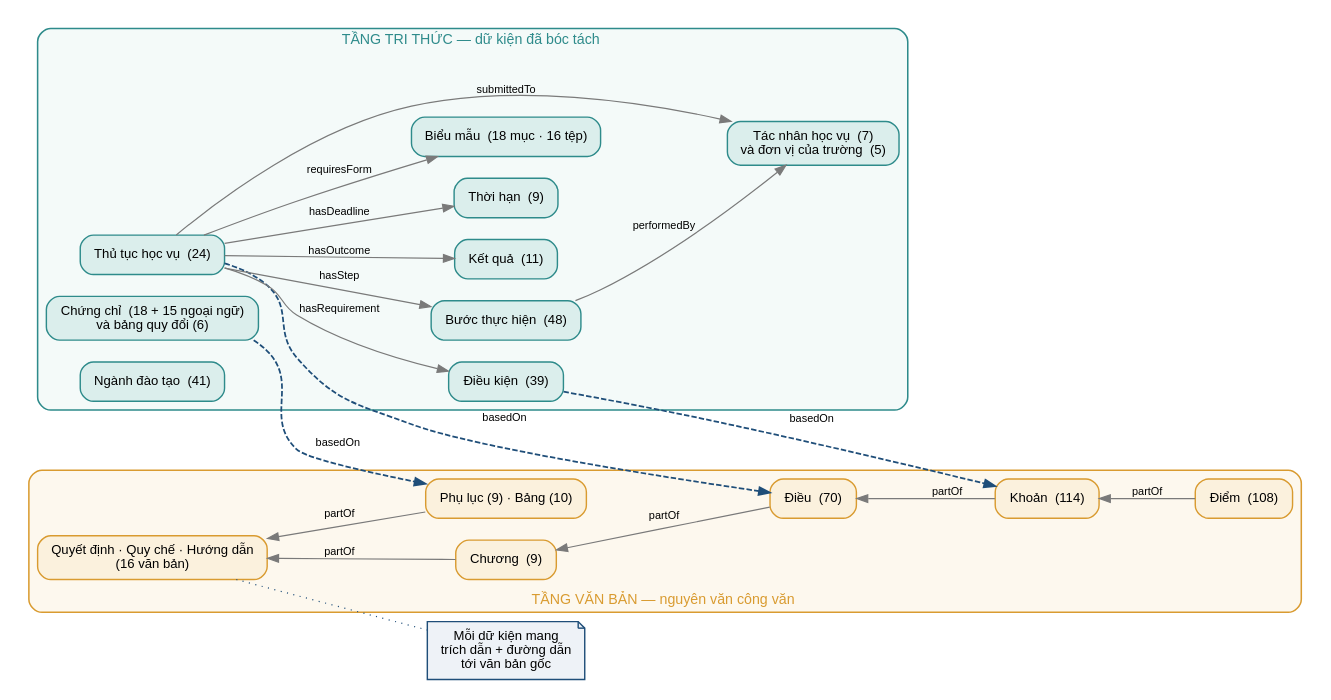
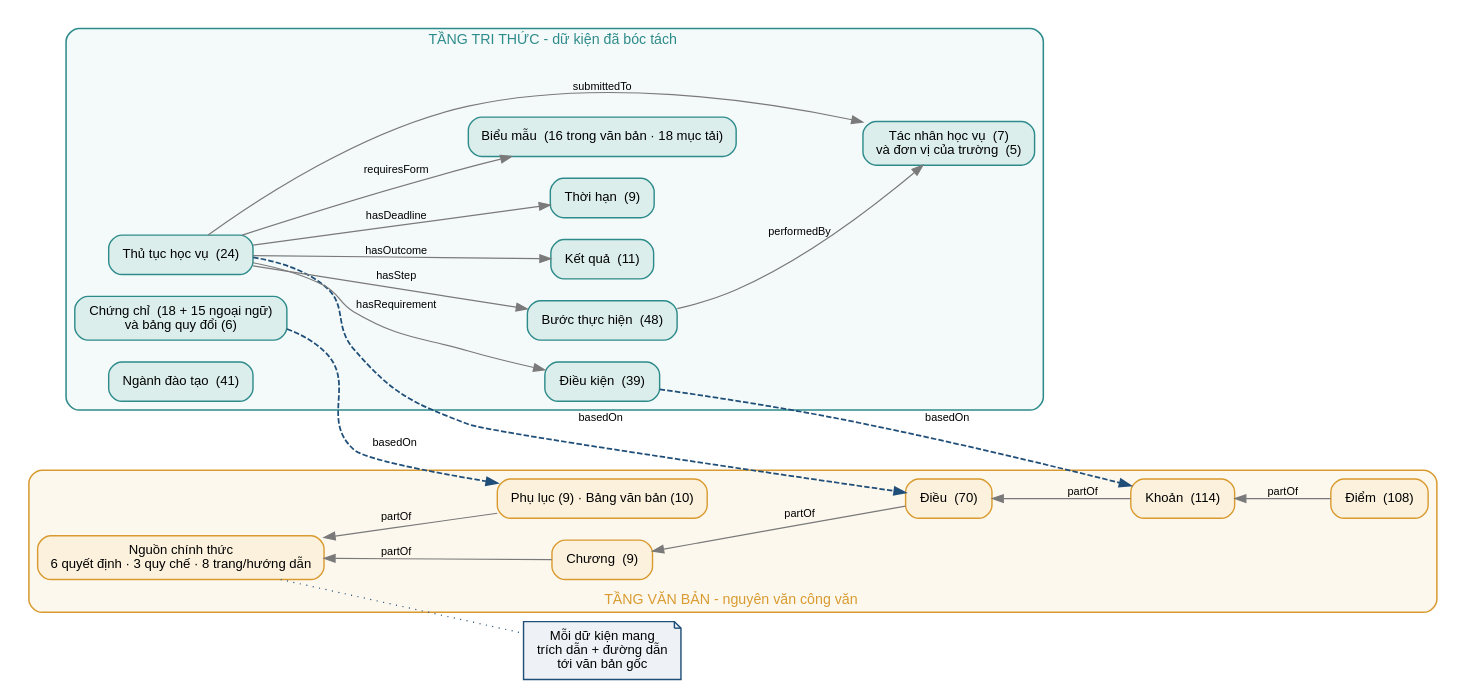
One commit to vpthinh19/ontology-chatbot changed the diagram in artifacts/figures/ontology-diagram.dot. Above: the diagram before and after it, drawn with Graphviz. The commit also changed 19 other files, not shown here.

```diff
--- a/artifacts/figures/ontology-diagram.dot
+++ b/artifacts/figures/ontology-diagram.dot
@@ -1,52 +1,52 @@
 digraph ontology {
   pad=0.15;
   rankdir=LR; bgcolor="white"; nodesep=0.28; ranksep=0.75; compound=true;
   node [shape=box, style="rounded,filled", fontname="Liberation Sans", fontsize=12,
         penwidth=1.3, margin="0.18,0.10"];
   edge [fontname="Liberation Sans", fontsize=10, color="#7a7a7a", penwidth=1.1];
 
   subgraph cluster_vb {
-    label="  TẦNG VĂN BẢN — nguyên văn công văn  "; labelloc=b;
+    label="  TẦNG VĂN BẢN - nguyên văn công văn  "; labelloc=b;
     fontname="Liberation Sans"; fontsize=13; fontcolor="#d99b30";
     color="#d99b30"; bgcolor="#fdf8ee"; style=rounded; penwidth=1.4;
-    vb  [label="Quyết định · Quy chế · Hướng dẫn\n(16 văn bản)", fillcolor="#fbf1dd", color="#d99b30"];
+    vb  [label="Nguồn chính thức\n6 quyết định · 3 quy chế · 8 trang/hướng dẫn", fillcolor="#fbf1dd", color="#d99b30"];
     ch  [label="Chương  (9)", fillcolor="#fbf1dd", color="#d99b30"];
     dieu[label="Điều  (70)", fillcolor="#fbf1dd", color="#d99b30"];
     kho [label="Khoản  (114)", fillcolor="#fbf1dd", color="#d99b30"];
     diem[label="Điểm  (108)", fillcolor="#fbf1dd", color="#d99b30"];
-    pl  [label="Phụ lục (9) · Bảng (10)", fillcolor="#fbf1dd", color="#d99b30"];
+    pl  [label="Phụ lục (9) · Bảng văn bản (10)", fillcolor="#fbf1dd", color="#d99b30"];
     vb -> ch -> dieu -> kho -> diem [label=" partOf ", dir=back];
     vb -> pl [label=" partOf ", dir=back];
   }
 
   subgraph cluster_tt {
-    label="  TẦNG TRI THỨC — dữ kiện đã bóc tách  "; labelloc=t;
+    label="  TẦNG TRI THỨC - dữ kiện đã bóc tách  "; labelloc=t;
     fontname="Liberation Sans"; fontsize=13; fontcolor="#2e8b8b";
     color="#2e8b8b"; bgcolor="#f4faf9"; style=rounded; penwidth=1.4;
     tt  [label="Thủ tục học vụ  (24)", fillcolor="#dbeeec", color="#2e8b8b"];
     buoc[label="Bước thực hiện  (48)", fillcolor="#dbeeec", color="#2e8b8b"];
     dk  [label="Điều kiện  (39)", fillcolor="#dbeeec", color="#2e8b8b"];
     kq  [label="Kết quả  (11)", fillcolor="#dbeeec", color="#2e8b8b"];
     han [label="Thời hạn  (9)", fillcolor="#dbeeec", color="#2e8b8b"];
-    bm  [label="Biểu mẫu  (18 mục · 16 tệp)", fillcolor="#dbeeec", color="#2e8b8b"];
+    bm  [label="Biểu mẫu  (16 trong văn bản · 18 mục tải)", fillcolor="#dbeeec", color="#2e8b8b"];
     nganh[label="Ngành đào tạo  (41)", fillcolor="#dbeeec", color="#2e8b8b"];
     cc  [label="Chứng chỉ  (18 + 15 ngoại ngữ)\nvà bảng quy đổi (6)", fillcolor="#dbeeec", color="#2e8b8b"];
     tac [label="Tác nhân học vụ  (7)\nvà đơn vị của trường  (5)", fillcolor="#dbeeec", color="#2e8b8b"];
     tt -> buoc [label=" hasStep "];
     tt -> dk   [label=" hasRequirement "];
     tt -> kq   [label=" hasOutcome "];
     tt -> han  [label=" hasDeadline "];
     tt -> bm   [label=" requiresForm "];
     buoc -> tac [label=" performedBy "];
     tt -> tac  [label=" submittedTo "];
   }
 
   nguon [label="Mỗi dữ kiện mang\ntrích dẫn + đường dẫn\ntới văn bản gốc",
          shape=note, fillcolor="#eef2f7", color="#1f4e79", style=filled];
 
   tt   -> dieu [label="  basedOn  ", color="#1f4e79", penwidth=1.6, style=dashed];
   dk   -> kho  [label="  basedOn  ", color="#1f4e79", penwidth=1.6, style=dashed];
   cc   -> pl   [label="  basedOn  ", color="#1f4e79", penwidth=1.6, style=dashed];
   nganh -> pl  [style=invis];
   vb -> nguon [style=dotted, color="#1f4e79", arrowhead=none];
 }
```
